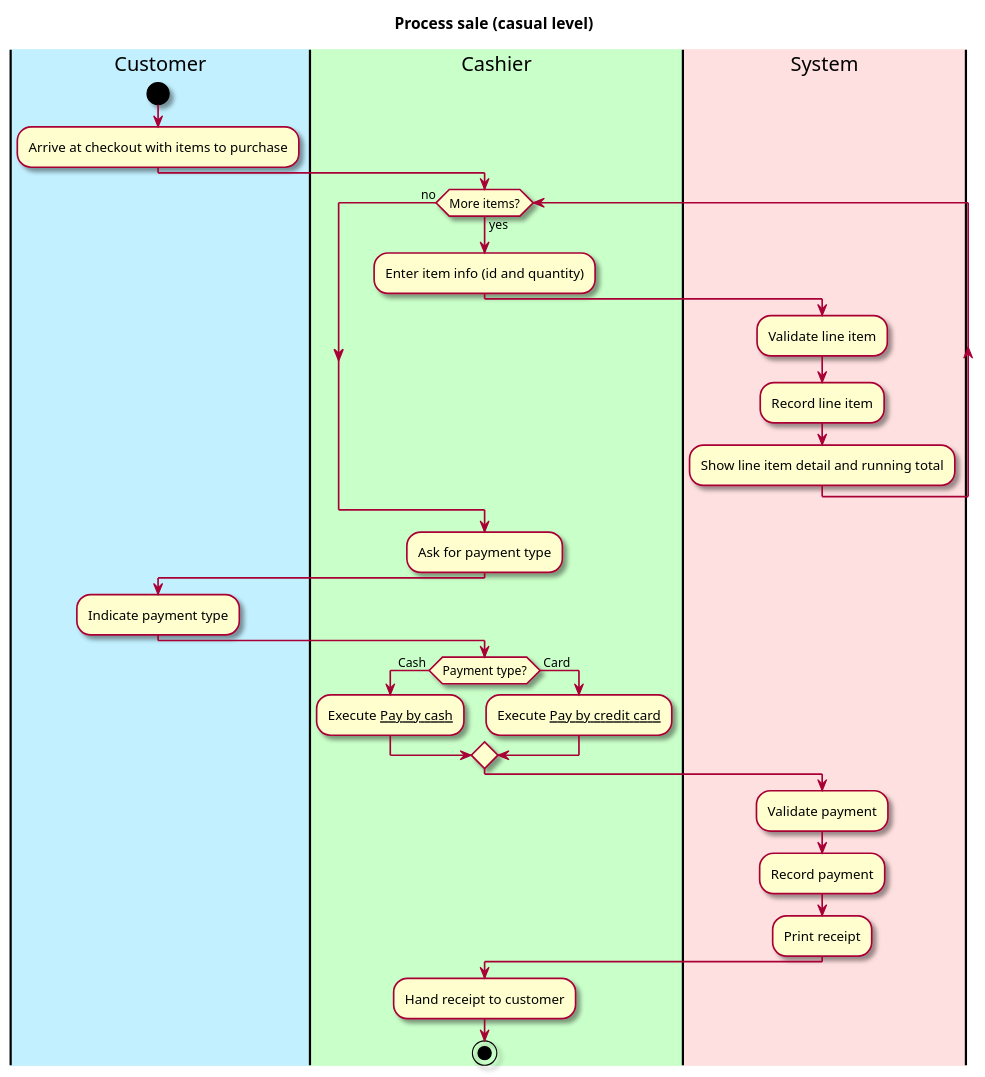
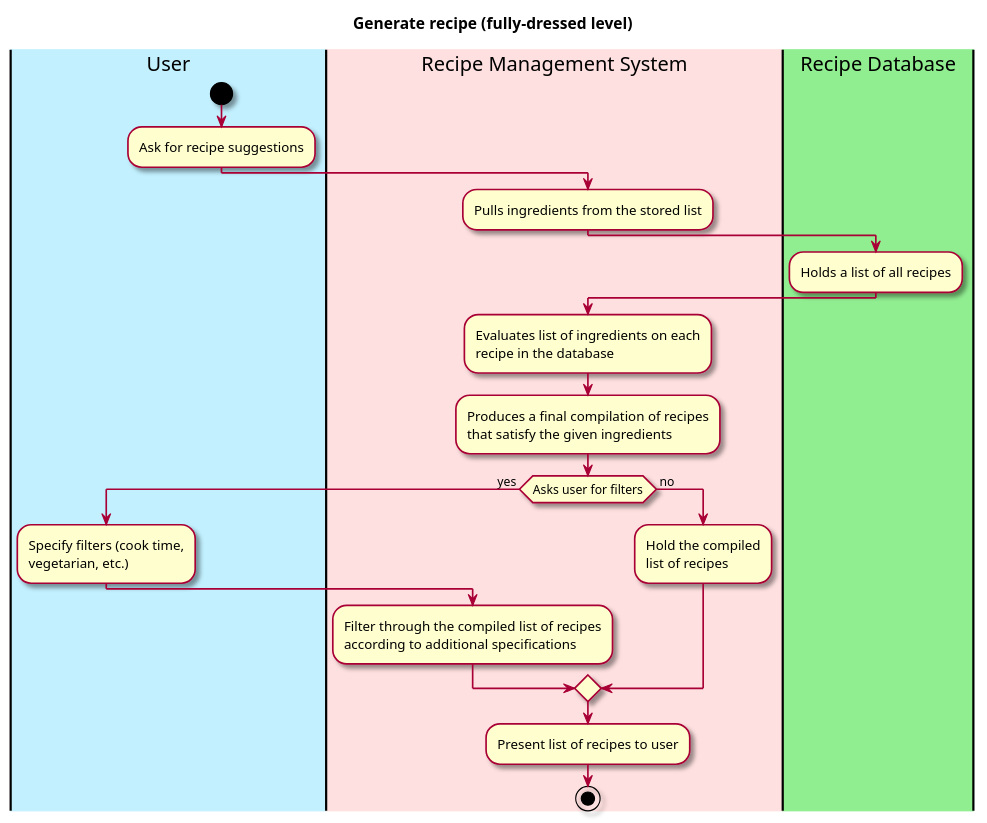
One commit to berthashipper/Pantry-Pal-Android-Application changed the diagram in intellij/doc/use-cases/generate_recipe.md. Above: the diagram before and after it, drawn with PlantUML. The commit also changed other lines of this file, not shown here.

Commit message:
Completed generate_recipe use case in fully dressed level detail

````diff
--- a/intellij/doc/use-cases/generate_recipe.md
+++ b/intellij/doc/use-cases/generate_recipe.md
@@ -36,48 +30,45 @@
 ```plantuml
 @startuml
 
 skin rose
 
-title Process sale (casual level)
+title Generate recipe (fully-dressed level)
 
 'define the lanes
-|#application|Customer|
-|#technology|Cashier|
-|#implementation|System|
+|#application|User|
+|#implementation|Recipe Management System|
+|#lightgreen|Recipe Database|
 
-|Customer|
+|User|
 start
-:Arrive at checkout with items to purchase;
+:Ask for recipe suggestions;
 
-|Cashier|
-while (More items?) is (yes)
-  :Enter item info (id and quantity);
-  |System|
-  :Validate line item;
-  :Record line item;
-  :Show line item detail and running total;
-  |Cashier|
-endwhile (no)
+|Recipe Management System|
+:Pulls ingredients from the stored list;
 
+|Recipe Database|
+:Holds a list of all recipes;
 
-:Ask for payment type;
+|Recipe Management System|
+:Evaluates list of ingredients on each
+recipe in the database;
+:Produces a final compilation of recipes
+that satisfy the given ingredients;
 
-|Customer|
-:Indicate payment type;
-
-|Cashier|
-if (Payment type?) is  ( Cash ) then
-:Execute __Pay by cash__;
-else ( Card ) 
-:Execute __Pay by credit card__;
+if (Asks user for filters) is  ( yes ) then
+|User|
+:Specify filters (cook time,
+vegetarian, etc.);
+|Recipe Management System|
+:Filter through the compiled list of recipes
+according to additional specifications;
+|Recipe Management System|
+else ( no ) 
+:Hold the compiled
+list of recipes;
 endif
 
-|System|
-:Validate payment;
-:Record payment;
-:Print receipt;
-|Cashier|
-:Hand receipt to customer;
+:Present list of recipes to user;
 stop
 @enduml
 ```
````
